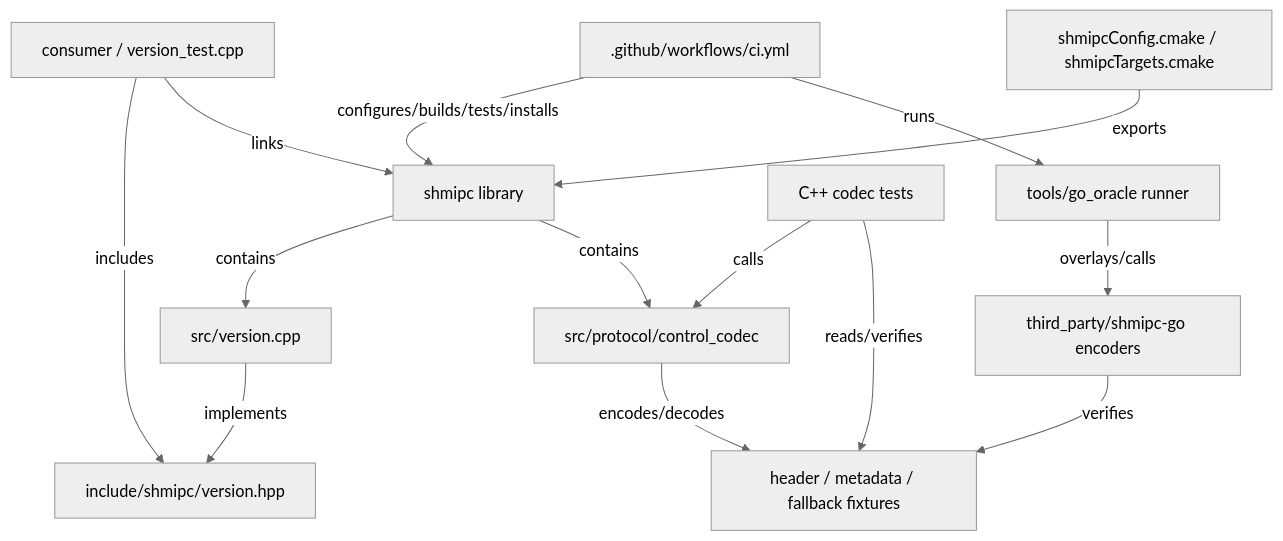
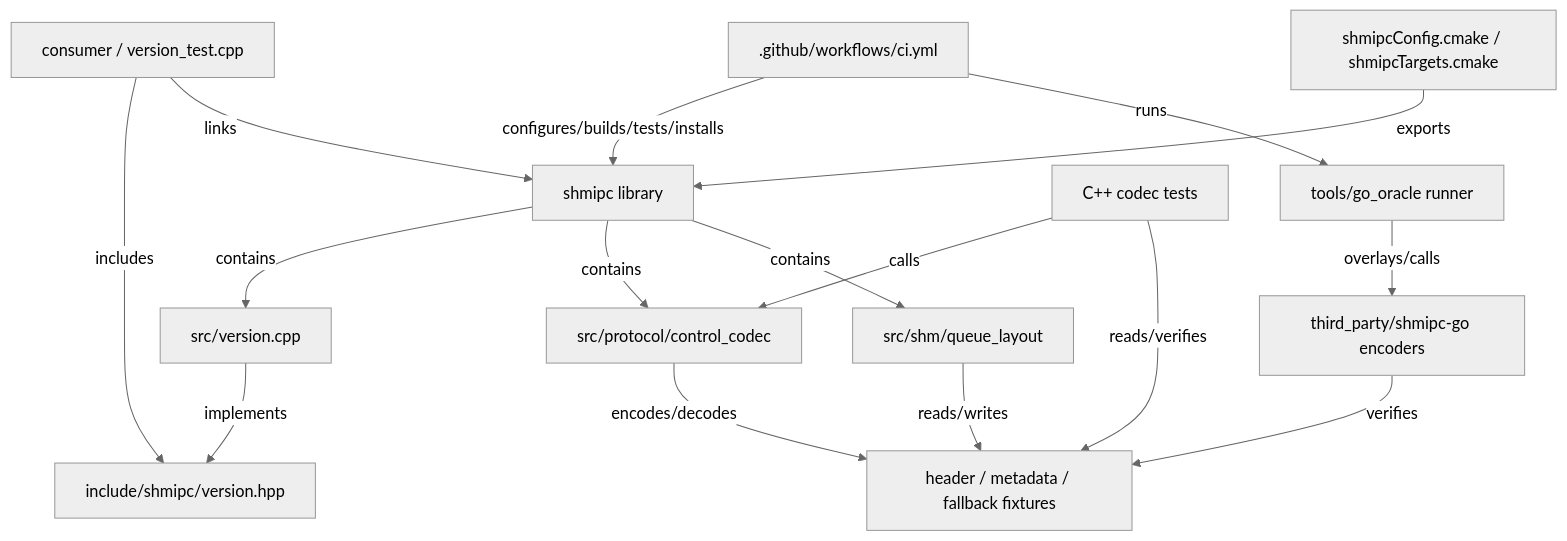
The first of 5 diagrams in arch_docs/graphs/relations.md (supermanc88/shmipc-cpp), drawn with Mermaid (neutral theme) before and after one commit. The commit also changed 20 other files, not shown here.

Commit message:
feat: add cross-architecture queue layout

````diff
--- a/arch_docs/graphs/relations.md
+++ b/arch_docs/graphs/relations.md
@@ -5,28 +5,31 @@
 ```mermaid
 graph TD
   consumer["consumer / version_test.cpp"]
   public["include/shmipc/version.hpp"]
   library["shmipc library"]
   implementation["src/version.cpp"]
   package["shmipcConfig.cmake / shmipcTargets.cmake"]
   ci[".github/workflows/ci.yml"]
   runner["tools/go_oracle runner"]
   upstream["third_party/shmipc-go encoders"]
   golden["header / metadata / fallback fixtures"]
   codec["src/protocol/control_codec"]
+  queue_layout["src/shm/queue_layout"]
   golden_test["C++ codec tests"]
 
   consumer -- includes --> public
   consumer -- links --> library
   implementation -- implements --> public
   library -- contains --> implementation
   package -- exports --> library
   ci -- configures/builds/tests/installs --> library
   runner -- overlays/calls --> upstream
   upstream -- verifies --> golden
   codec -- encodes/decodes --> golden
   golden_test -- calls --> codec
   golden_test -- reads/verifies --> golden
   library -- contains --> codec
+  library -- contains --> queue_layout
+  queue_layout -- reads/writes --> golden
   ci -- runs --> runner
 ```
````
